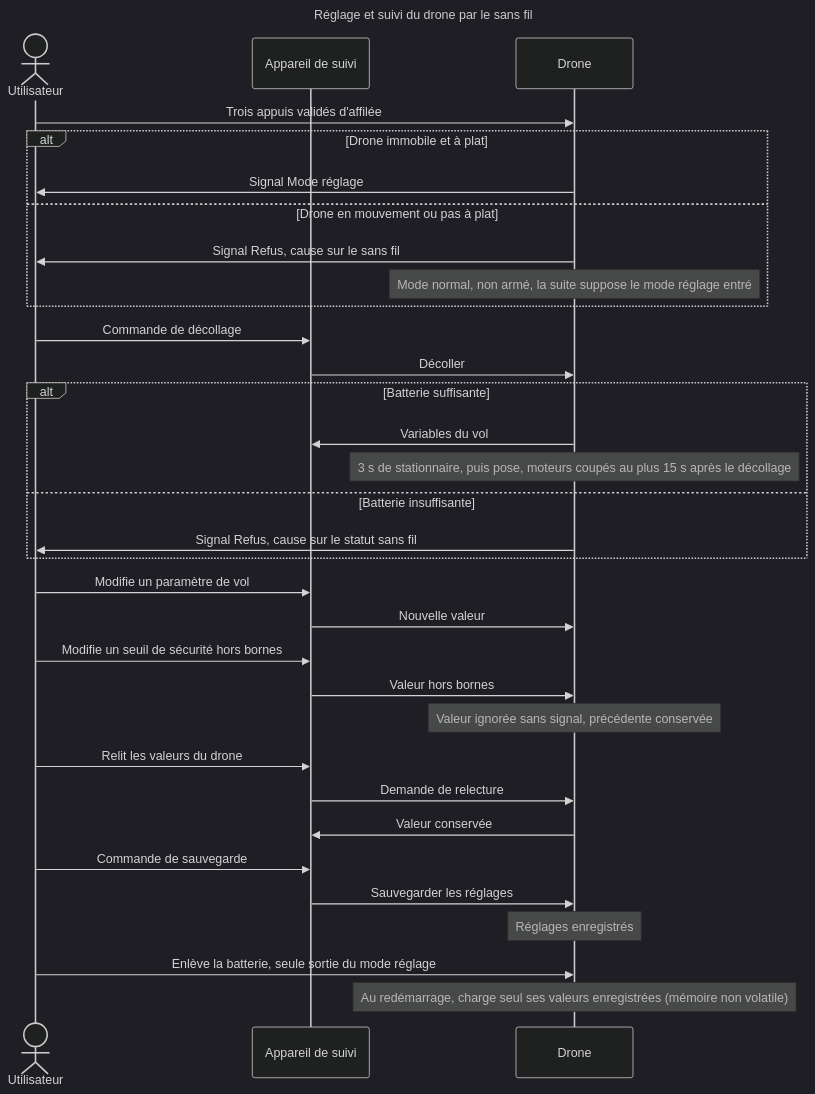
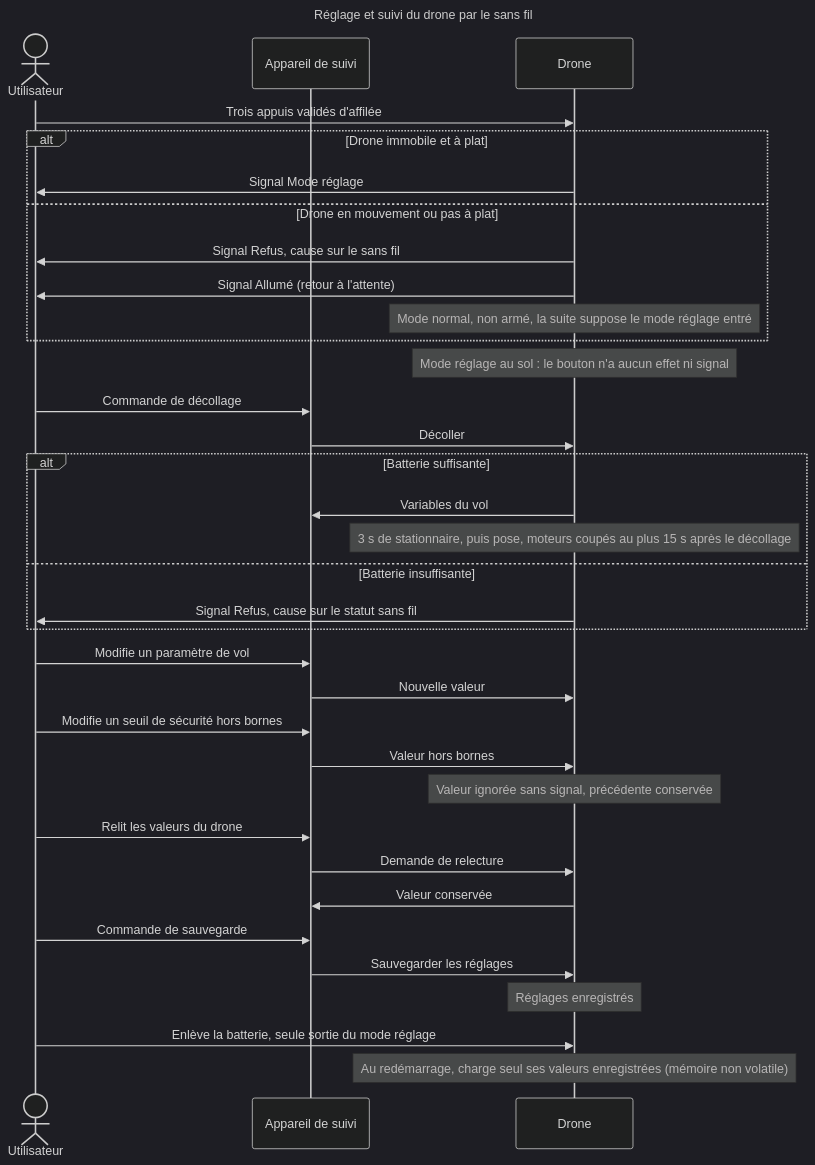
Before and after one commit to thourymatthieu-png/coworker_archi_system: diagram 13 of 16 in projets/boomrone/00-scenarios.md, drawn with Mermaid (dark theme). The commit also changed other lines of this file and 7 other files, not shown here.

````diff
--- a/projets/boomrone/00-scenarios.md
+++ b/projets/boomrone/00-scenarios.md
@@ -788,37 +824,39 @@
 ```mermaid
 ---
 title: "Réglage et suivi du drone par le sans fil"
 ---
 sequenceDiagram
     actor U as Utilisateur
     participant A as Appareil de suivi
     participant D as Drone
     U->>D: Trois appuis validés d'affilée
     alt Drone immobile et à plat
         D->>U: Signal Mode réglage
     else Drone en mouvement ou pas à plat
         D->>U: Signal Refus, cause sur le sans fil
+        D->>U: Signal Allumé (retour à l'attente)
         Note over D: Mode normal, non armé, la suite suppose le mode réglage entré
     end
+    Note over D: Mode réglage au sol : le bouton n'a aucun effet ni signal
     U->>A: Commande de décollage
     A->>D: Décoller
     alt Batterie suffisante
         D->>A: Variables du vol
         Note over D: 3 s de stationnaire, puis pose, moteurs coupés au plus 15 s après le décollage
     else Batterie insuffisante
         D->>U: Signal Refus, cause sur le statut sans fil
     end
     U->>A: Modifie un paramètre de vol
     A->>D: Nouvelle valeur
     U->>A: Modifie un seuil de sécurité hors bornes
     A->>D: Valeur hors bornes
     Note over D: Valeur ignorée sans signal, précédente conservée
     U->>A: Relit les valeurs du drone
     A->>D: Demande de relecture
     D->>A: Valeur conservée
     U->>A: Commande de sauvegarde
     A->>D: Sauvegarder les réglages
     Note over D: Réglages enregistrés
     U->>D: Enlève la batterie, seule sortie du mode réglage
     Note over D: Au redémarrage, charge seul ses valeurs enregistrées (mémoire non volatile)
 ```
````
